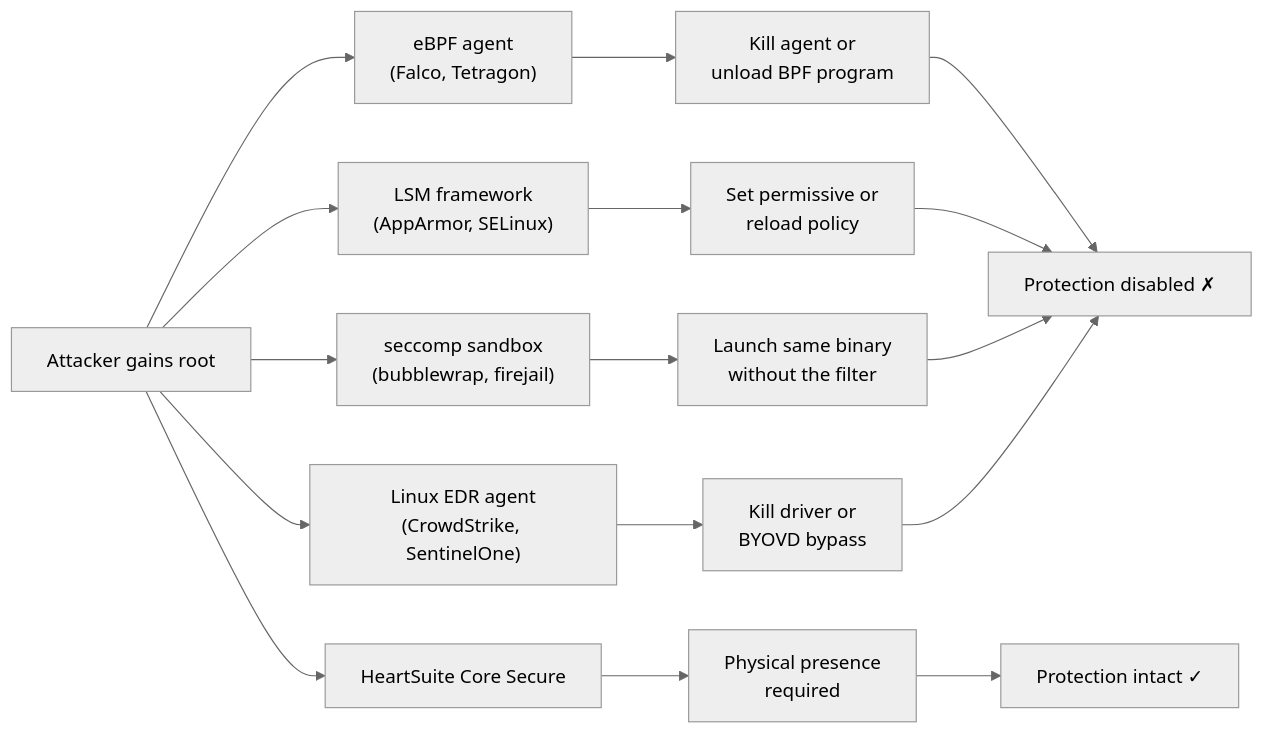
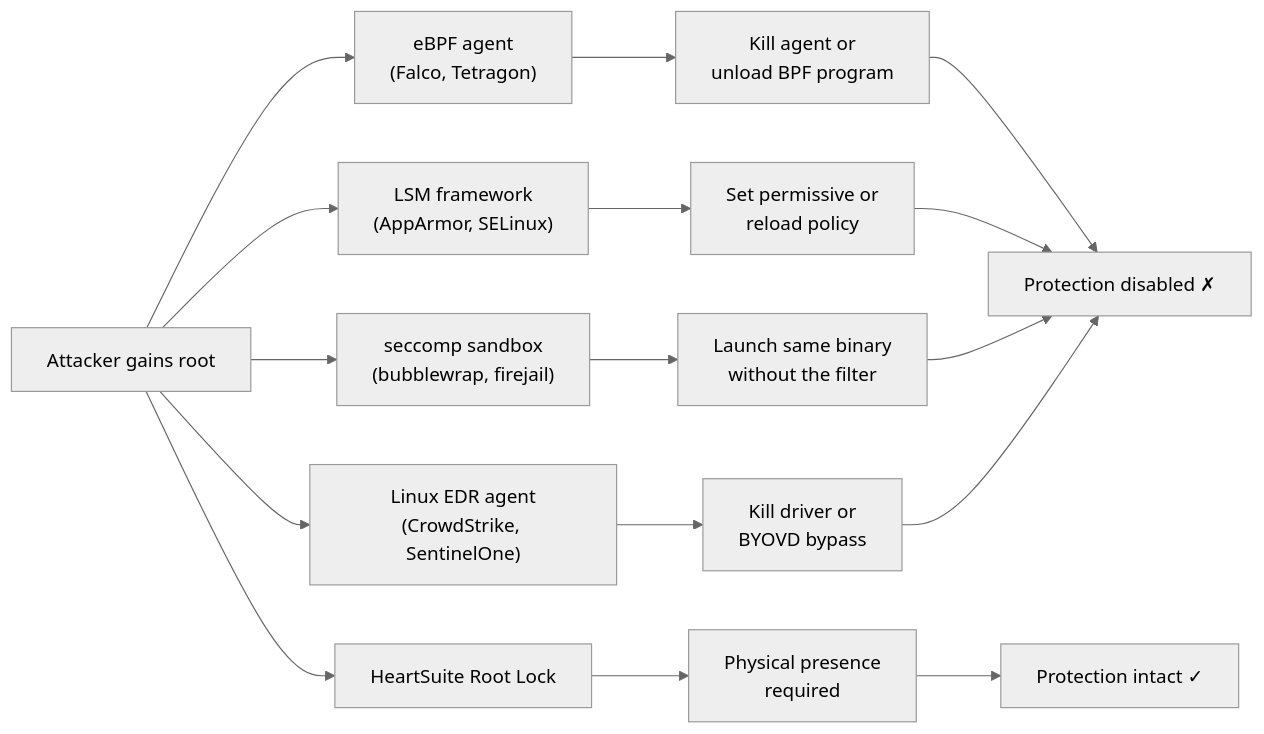
One commit to HeartSecuritySuite/heartsuite-docs changed the second of 2 diagrams in content/en/docs/introduction/how-it-compares/_index.md. Above: the diagram before and after it, drawn with Mermaid (neutral theme). The commit also changed other lines of this file and 60 other files, not shown here.

First line of the commit message:
Rename product from Core Secure to Root Lock

````diff
--- a/content/en/docs/introduction/how-it-compares/_index.md
+++ b/content/en/docs/introduction/how-it-compares/_index.md
@@ -117,18 +147,18 @@
 ```mermaid
 graph LR
     A[Attacker gains root] --> B["eBPF agent\n(Falco, Tetragon)"]
     A --> C["LSM framework\n(AppArmor, SELinux)"]
     A --> D["seccomp sandbox\n(bubblewrap, firejail)"]
     A --> E["Linux EDR agent\n(CrowdStrike, SentinelOne)"]
-    A --> F["HeartSuite Core Secure"]
+    A --> F["HeartSuite Root Lock"]
     B --> G["Kill agent or\nunload BPF program"]
     C --> H["Set permissive or\nreload policy"]
     D --> I["Launch same binary\nwithout the filter"]
     E --> J["Kill driver or\nBYOVD bypass"]
     F --> K["Physical presence\nrequired"]
     G --> L["Protection disabled ✗"]
     H --> L
     I --> L
     J --> L
     K --> M["Protection intact ✓"]
 ```
````
